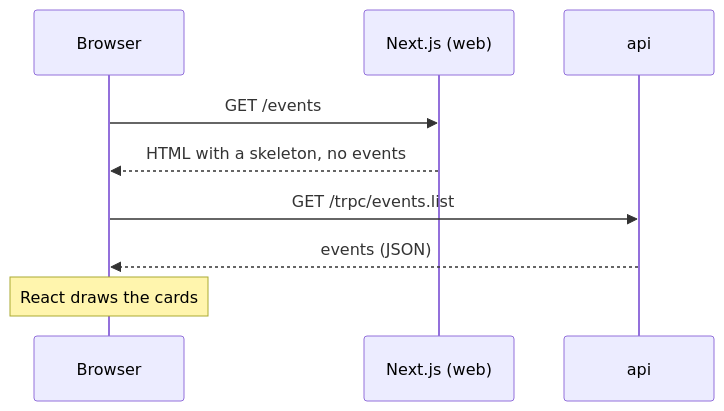
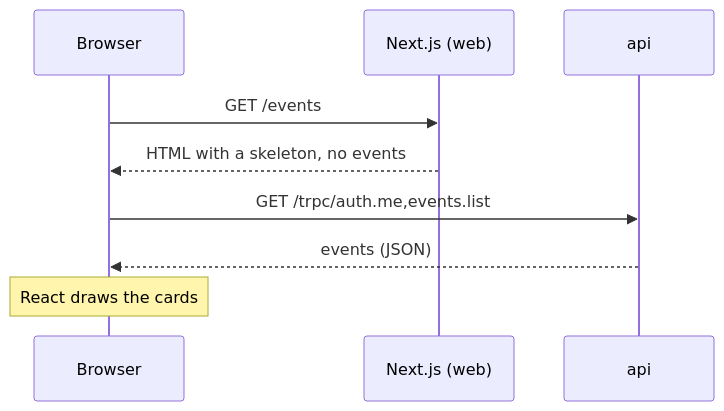
Before and after one commit to maheshnd/minitickets: the first of 2 diagrams in docs/handbook/concepts/csr-vs-ssr.md, drawn with Mermaid. The commit also changed other lines of this file and 35 other files, not shown here.

````diff
--- a/docs/handbook/concepts/csr-vs-ssr.md
+++ b/docs/handbook/concepts/csr-vs-ssr.md
@@ -20,11 +23,11 @@
 ```mermaid
 sequenceDiagram
     participant B as Browser
     participant W as Next.js (web)
     participant A as api
     B->>W: GET /events
     W-->>B: HTML with a skeleton, no events
-    B->>A: GET /trpc/events.list
+    B->>A: GET /trpc/auth.me,events.list
     A-->>B: events (JSON)
     Note over B: React draws the cards
 ```
````
